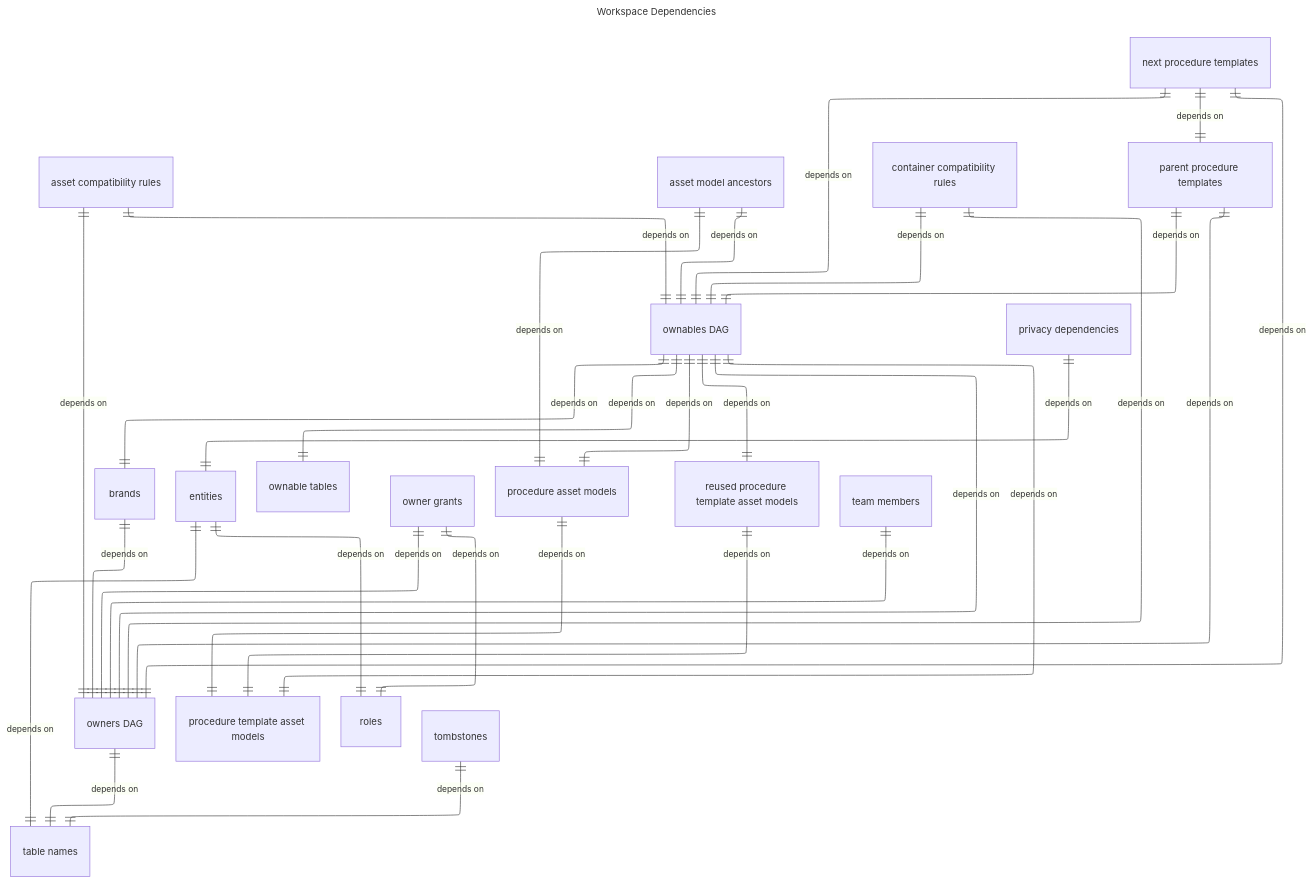
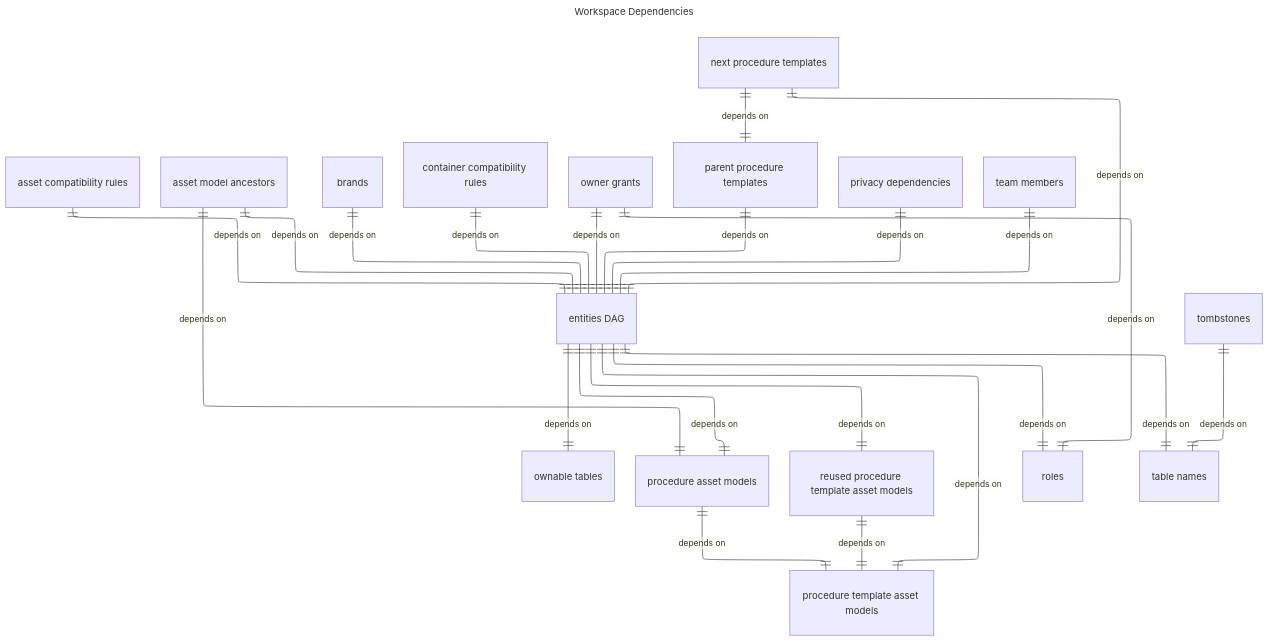
The diagram in builder/workspace_dependencies.mmd (earth-metabolome-initiative/asset-procedure-schema), drawn with Mermaid before and after one commit. The commit also changed 185 other files, not shown here.

```diff
--- a/builder/workspace_dependencies.mmd
+++ b/builder/workspace_dependencies.mmd
@@ -1,56 +1,47 @@
 ---
 config:
   layout: elk
   theme: default
   look: classic
 title: Workspace Dependencies
 ---
 erDiagram
   direction TB
   v2["asset compatibility rules"]
   v3["asset model ancestors"]
   v11["brands"]
   v32["container compatibility rules"]
-  v42["entities"]
+  v42["entities DAG"]
   v60["next procedure templates"]
   v61["ownable tables"]
-  v62["ownables DAG"]
   v63["owner grants"]
-  v64["owners DAG"]
   v68["parent procedure templates"]
   v76["privacy dependencies"]
   v77["procedure asset models"]
   v78["procedure template asset models"]
   v81["reused procedure template asset models"]
   v82["roles"]
   v91["table names"]
   v92["team members"]
   v94["tombstones"]
-  v62 ||--|| v78 : "depends on"
-  v62 ||--|| v81 : "depends on"
-  v62 ||--|| v77 : "depends on"
-  v2 ||--|| v62 : "depends on"
-  v2 ||--|| v64 : "depends on"
-  v3 ||--|| v62 : "depends on"
-  v11 ||--|| v64 : "depends on"
-  v62 ||--|| v11 : "depends on"
-  v32 ||--|| v62 : "depends on"
-  v32 ||--|| v64 : "depends on"
+  v42 ||--|| v78 : "depends on"
+  v42 ||--|| v81 : "depends on"
+  v42 ||--|| v77 : "depends on"
+  v2 ||--|| v42 : "depends on"
+  v3 ||--|| v42 : "depends on"
+  v11 ||--|| v42 : "depends on"
+  v32 ||--|| v42 : "depends on"
   v42 ||--|| v82 : "depends on"
   v42 ||--|| v91 : "depends on"
   v60 ||--|| v68 : "depends on"
-  v60 ||--|| v62 : "depends on"
-  v60 ||--|| v64 : "depends on"
-  v62 ||--|| v61 : "depends on"
-  v62 ||--|| v64 : "depends on"
-  v63 ||--|| v64 : "depends on"
+  v60 ||--|| v42 : "depends on"
+  v42 ||--|| v61 : "depends on"
+  v63 ||--|| v42 : "depends on"
   v63 ||--|| v82 : "depends on"
-  v64 ||--|| v91 : "depends on"
-  v68 ||--|| v62 : "depends on"
-  v68 ||--|| v64 : "depends on"
+  v68 ||--|| v42 : "depends on"
   v76 ||--|| v42 : "depends on"
   v77 ||--|| v3 : "depends on"
   v77 ||--|| v78 : "depends on"
   v81 ||--|| v78 : "depends on"
-  v92 ||--|| v64 : "depends on"
+  v92 ||--|| v42 : "depends on"
   v94 ||--|| v91 : "depends on"
```
